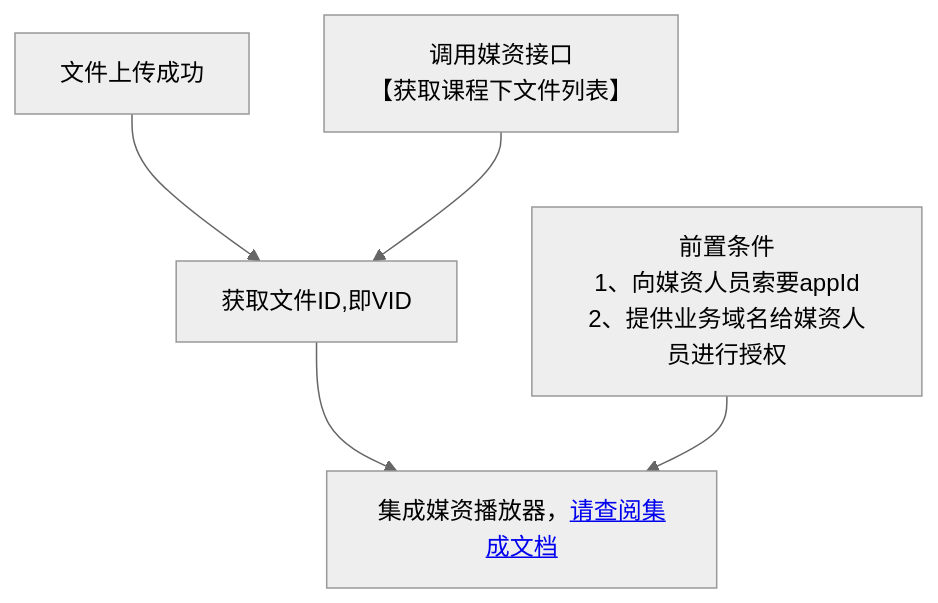
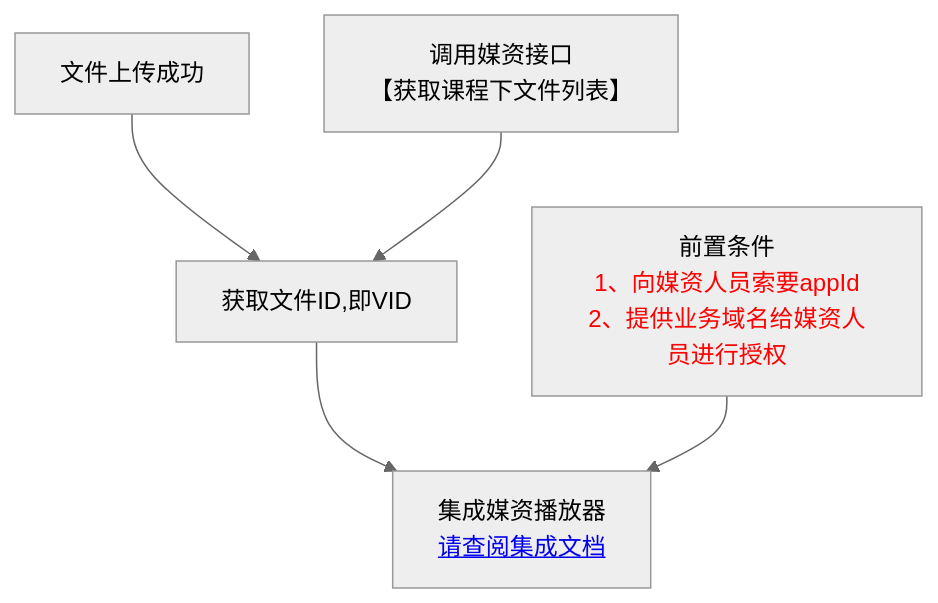
Before and after one commit to hey-future/learn_java: the second of 2 diagrams in README.md, drawn with Mermaid (neutral theme).

Commit message:
更新文档

````diff
--- a/README.md
+++ b/README.md
@@ -33,9 +33,9 @@
 ```mermaid
 flowchart
 A[文件上传成功]-->B[获取文件ID（VID）]
 C[调用媒资接口<br>【获取课程下文件列表】
 ]-->B[获取文件ID,即VID]
-B-->D[集成媒资播放器，<a href="https://github.com/hey-future/player/tree/master/vue">请查阅集成文档<a>]
-E[前置条件<br>1、向媒资人员索要appId<br>2、提供业务域名给媒资人员进行授权]-->D
+B-->D[集成媒资播放器<br><a href="https://github.com/hey-future/player/tree/master/vue">请查阅集成文档<a>]
+E[前置条件<br><font color="red">1、向媒资人员索要appId<br>2、提供业务域名给媒资人员进行授权</font>]-->D
 
 ```
````
